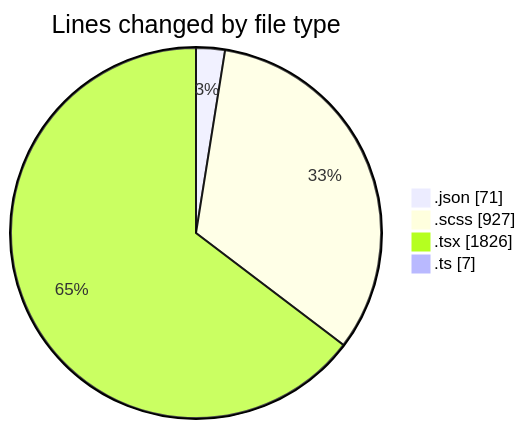
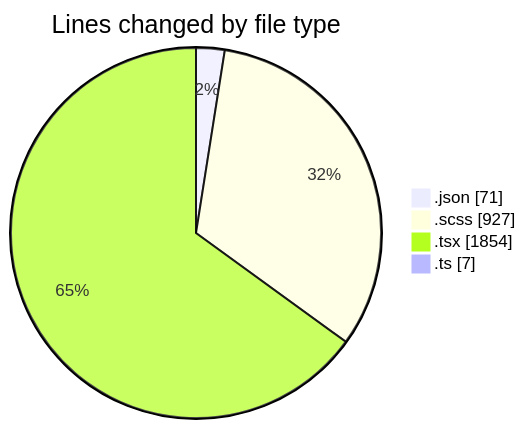
One commit to momahboobian/code-tracking changed the first of 2 diagrams in 2026-02-17/cda/README.md. Above: the diagram before and after it, drawn with Mermaid. The commit also changed other lines of this file and 1 other file, not shown here.

````diff
--- a/2026-02-17/cda/README.md
+++ b/2026-02-17/cda/README.md
@@ -28,8 +28,8 @@
 ```mermaid
 pie showData
 title Lines changed by file type
 ".json" : 71
 ".scss" : 927
-".tsx" : 1826
+".tsx" : 1854
 ".ts" : 7
 ```
````
